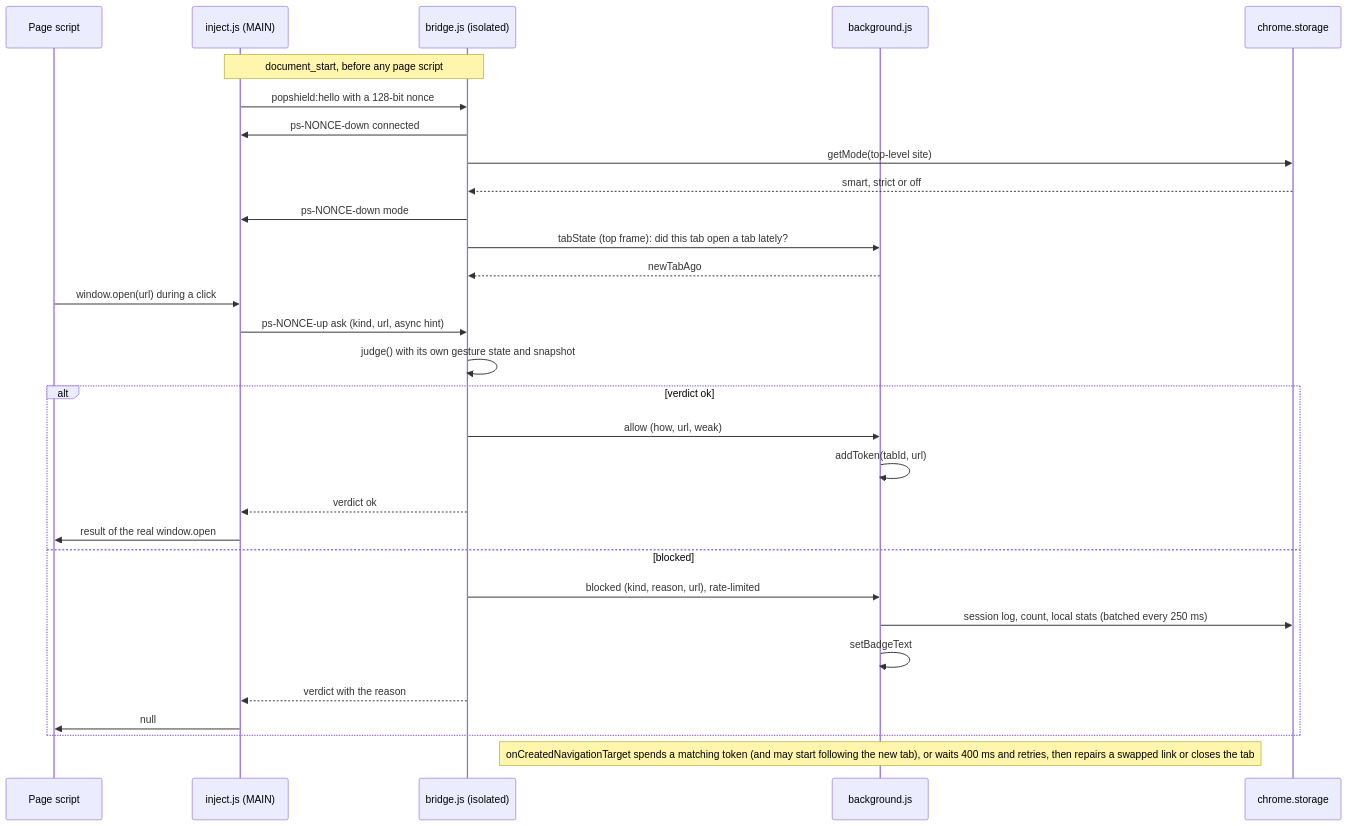
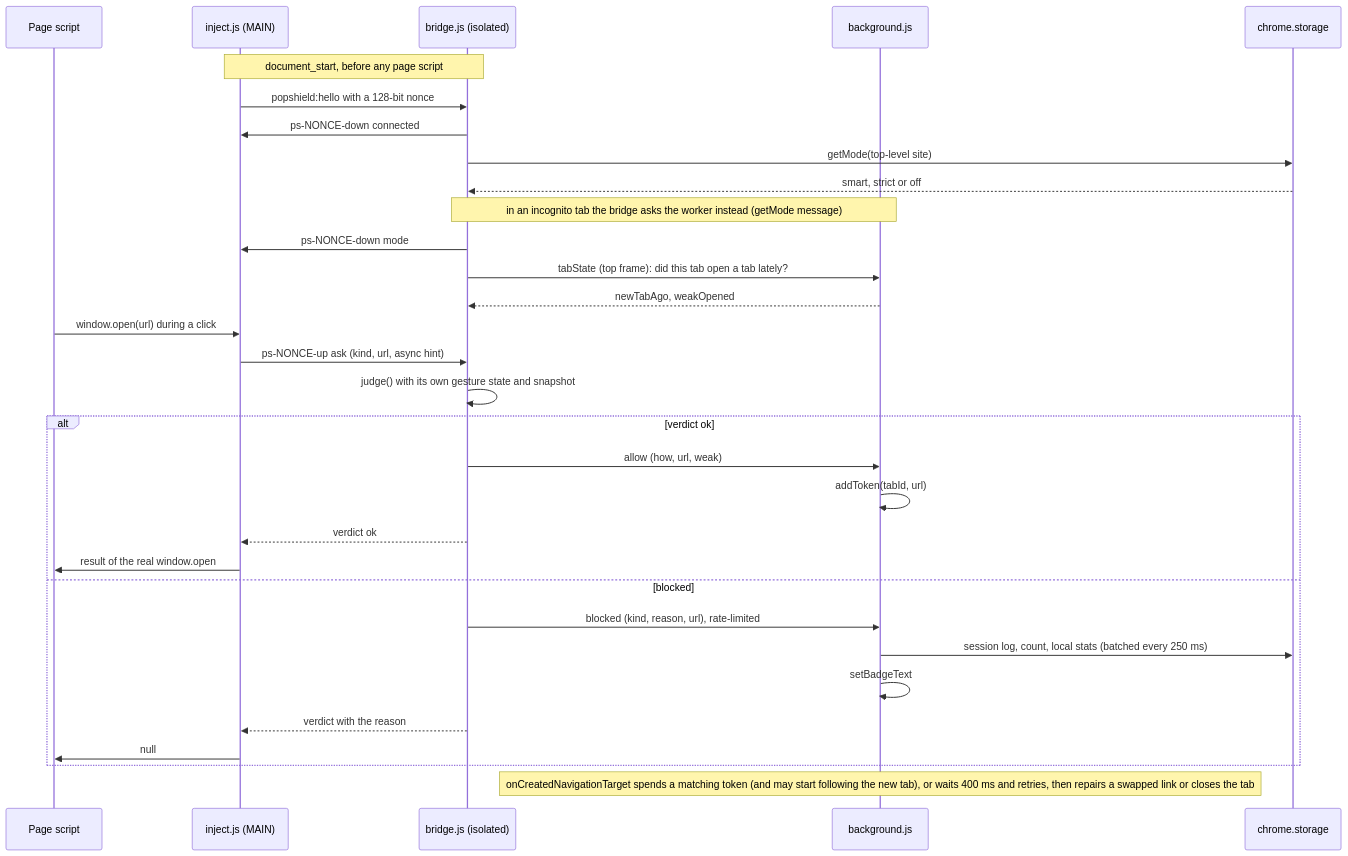
One commit to madironman/popshield changed the second of 4 diagrams in docs/ARCHITECTURE.md. Above: the diagram before and after it, drawn with Mermaid. The commit also changed other lines of this file and 14 other files, not shown here.

````diff
--- a/docs/ARCHITECTURE.md
+++ b/docs/ARCHITECTURE.md
@@ -77,33 +78,34 @@
 ```mermaid
 sequenceDiagram
     participant P as Page script
     participant I as inject.js (MAIN)
     participant B as bridge.js (isolated)
     participant W as background.js
     participant S as chrome.storage
 
     Note over I,B: document_start, before any page script
     I->>B: popshield:hello with a 128-bit nonce
     B->>I: ps-NONCE-down connected
     B->>S: getMode(top-level site)
     S-->>B: smart, strict or off
+    Note over B,W: in an incognito tab the bridge asks the worker instead (getMode message)
     B->>I: ps-NONCE-down mode
     B->>W: tabState (top frame): did this tab open a tab lately?
-    W-->>B: newTabAgo
+    W-->>B: newTabAgo, weakOpened
     P->>I: window.open(url) during a click
     I->>B: ps-NONCE-up ask (kind, url, async hint)
     B->>B: judge() with its own gesture state and snapshot
     alt verdict ok
         B->>W: allow (how, url, weak)
         W->>W: addToken(tabId, url)
         B-->>I: verdict ok
         I->>P: result of the real window.open
     else blocked
         B->>W: blocked (kind, reason, url), rate-limited
         W->>S: session log, count, local stats (batched every 250 ms)
         W->>W: setBadgeText
         B-->>I: verdict with the reason
         I->>P: null
     end
     Note over W: onCreatedNavigationTarget spends a matching token (and may start following the new tab), or waits 400 ms and retries, then repairs a swapped link or closes the tab
 ```
````
